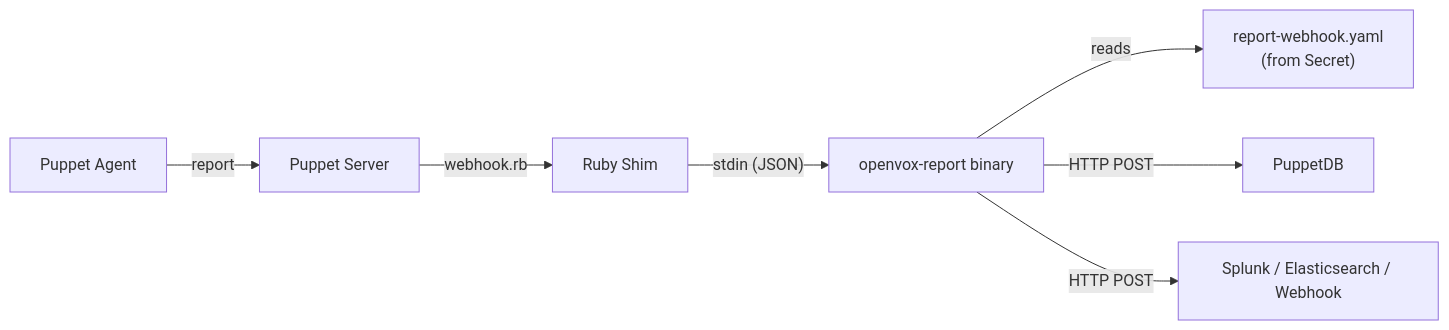
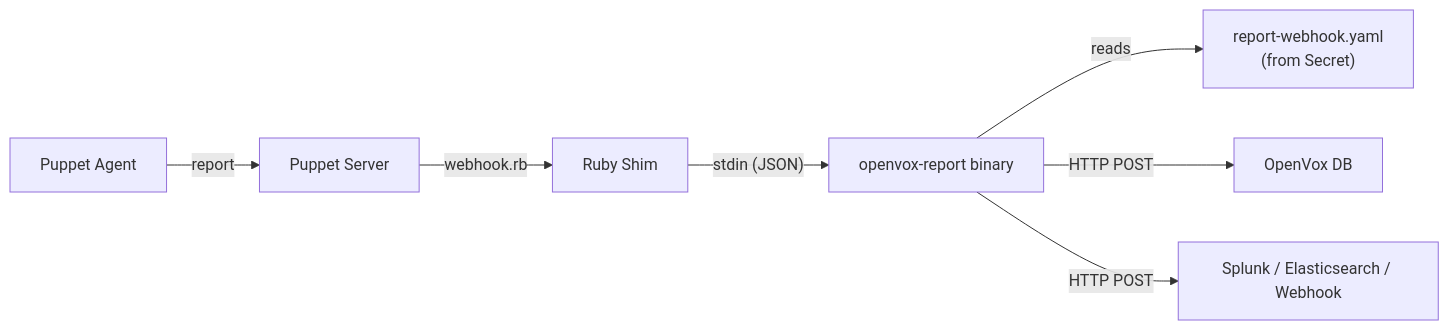
One commit to slauger/openvox-operator changed the diagram in docs/concepts/report-processing.md. Above: the diagram before and after it, drawn with Mermaid. The commit also changed other lines of this file and 35 other files, not shown here.

First line of the commit message:
feat: add Database CRD for OpenVox DB deployment

````diff
--- a/docs/concepts/report-processing.md
+++ b/docs/concepts/report-processing.md
@@ -7,9 +7,9 @@
 ```mermaid
 flowchart LR
     Agent["Puppet Agent"] -->|"report"| PS["Puppet Server"]
     PS -->|"webhook.rb"| Shim["Ruby Shim"]
     Shim -->|"stdin (JSON)"| Binary["openvox-report binary"]
     Binary -->|"reads"| Secret["report-webhook.yaml<br/>(from Secret)"]
-    Binary -->|"HTTP POST"| EP1["PuppetDB"]
+    Binary -->|"HTTP POST"| EP1["OpenVox DB"]
     Binary -->|"HTTP POST"| EP2["Splunk / Elasticsearch / Webhook"]
 ```
````
